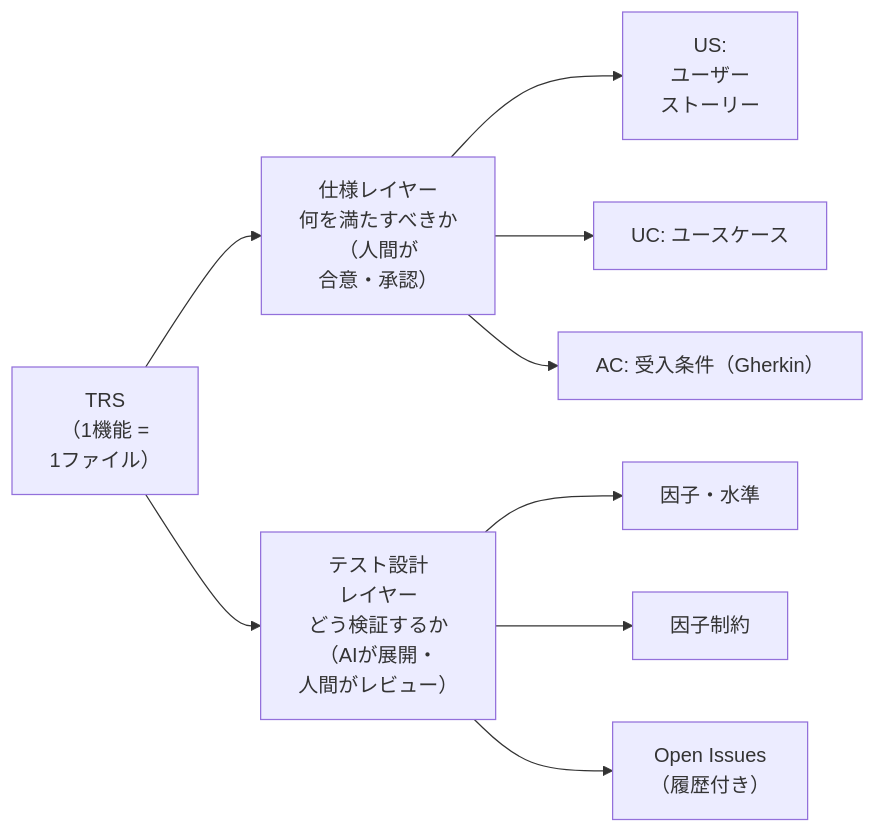
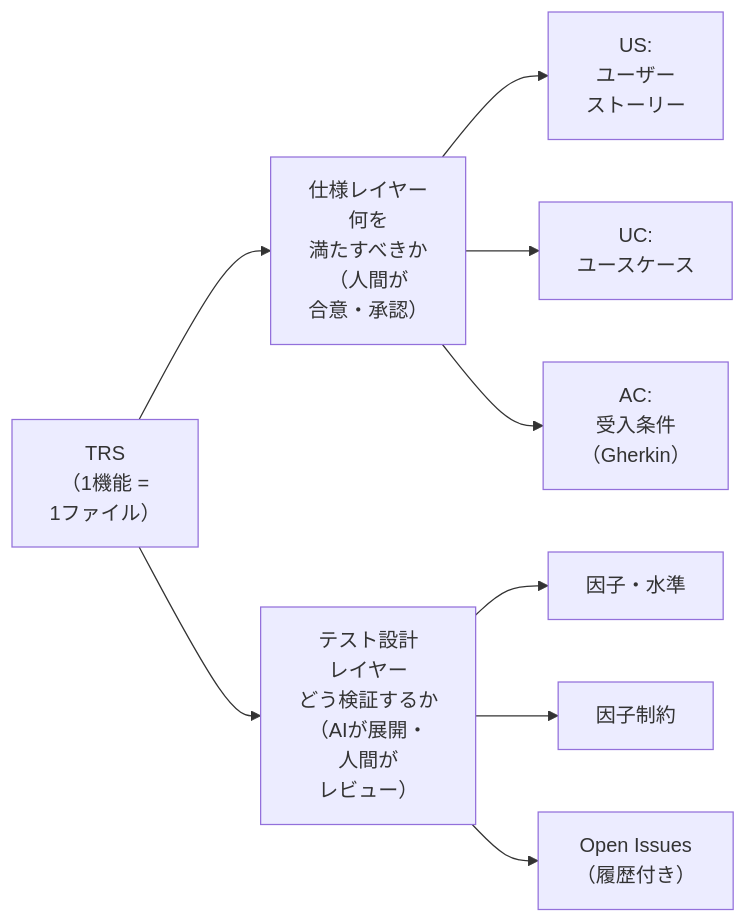
One commit to toshio-shiratori/harness-test-strategy changed the first of 3 diagrams in docs/testing/03-trs-guideline.md. Above: the diagram before and after it, drawn with Mermaid. The commit also changed other lines of this file and 5 other files, not shown here.

First line of the commit message:
docs: docs/testing の図で、ノード内の文字が GitHub 上で語の途中で折り返すのを直す (#210) (#220)

````diff
--- a/docs/testing/03-trs-guideline.md
+++ b/docs/testing/03-trs-guideline.md
@@ -29,12 +29,12 @@
 ```mermaid
 flowchart LR
   TRS["TRS<br/>（1機能 =<br/>1ファイル）"]
-  TRS --> S["仕様レイヤー<br/>何を満たすべきか<br/>（人間が<br/>合意・承認）"]
-  TRS --> T["テスト設計<br/>レイヤー<br/>どう検証するか<br/>（AIが展開・<br/>人間がレビュー）"]
+  TRS --> S["仕様レイヤー<br/>何を<br/>満たすべきか<br/>（人間が<br/>合意・承認）"]
+  TRS --> T["テスト設計<br/>レイヤー<br/>どう検証するか<br/>（AIが展開・<br/>人間が<br/>レビュー）"]
   S --> US["US:<br/>ユーザー<br/>ストーリー"]
-  S --> UC["UC: ユースケース"]
-  S --> AC["AC: 受入条件（Gherkin）"]
+  S --> UC["UC:<br/>ユースケース"]
+  S --> AC["AC:<br/>受入条件<br/>（Gherkin）"]
   T --> F["因子・水準"]
   T --> C["因子制約"]
   T --> OI["Open Issues<br/>（履歴付き）"]
 ```
````
